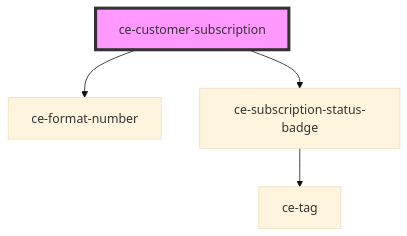
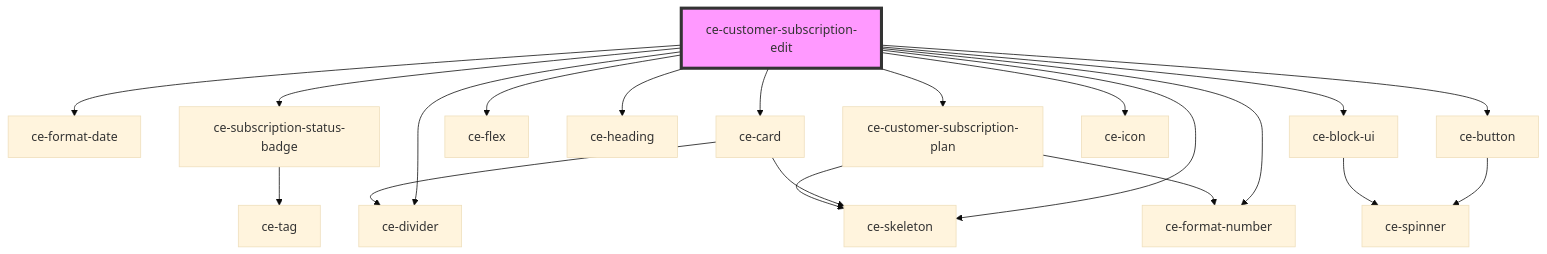
Before and after one commit to surecart/surecart-wp-plugin: the diagram in packages/components/src/components/controllers/dashboard/customer-subscription-edit/readme.md, drawn with Mermaid (base theme). The commit also changed other lines of this file and 41 other files, not shown here.

````diff
--- a/packages/components/src/components/controllers/dashboard/customer-subscription-edit/readme.md
+++ b/packages/components/src/components/controllers/dashboard/customer-subscription-edit/readme.md
@@ -23,7 +53,23 @@
 ```mermaid
 graph TD;
-  ce-customer-subscription --> ce-format-number
-  ce-customer-subscription --> ce-subscription-status-badge
+  ce-customer-subscription-edit --> ce-format-date
+  ce-customer-subscription-edit --> ce-subscription-status-badge
+  ce-customer-subscription-edit --> ce-card
+  ce-customer-subscription-edit --> ce-flex
+  ce-customer-subscription-edit --> ce-skeleton
+  ce-customer-subscription-edit --> ce-heading
+  ce-customer-subscription-edit --> ce-divider
+  ce-customer-subscription-edit --> ce-format-number
+  ce-customer-subscription-edit --> ce-customer-subscription-plan
+  ce-customer-subscription-edit --> ce-button
+  ce-customer-subscription-edit --> ce-icon
+  ce-customer-subscription-edit --> ce-block-ui
   ce-subscription-status-badge --> ce-tag
-  style ce-customer-subscription fill:#f9f,stroke:#333,stroke-width:4px
+  ce-card --> ce-skeleton
+  ce-card --> ce-divider
+  ce-customer-subscription-plan --> ce-skeleton
+  ce-customer-subscription-plan --> ce-format-number
+  ce-button --> ce-spinner
+  ce-block-ui --> ce-spinner
+  style ce-customer-subscription-edit fill:#f9f,stroke:#333,stroke-width:4px
 ```
````
